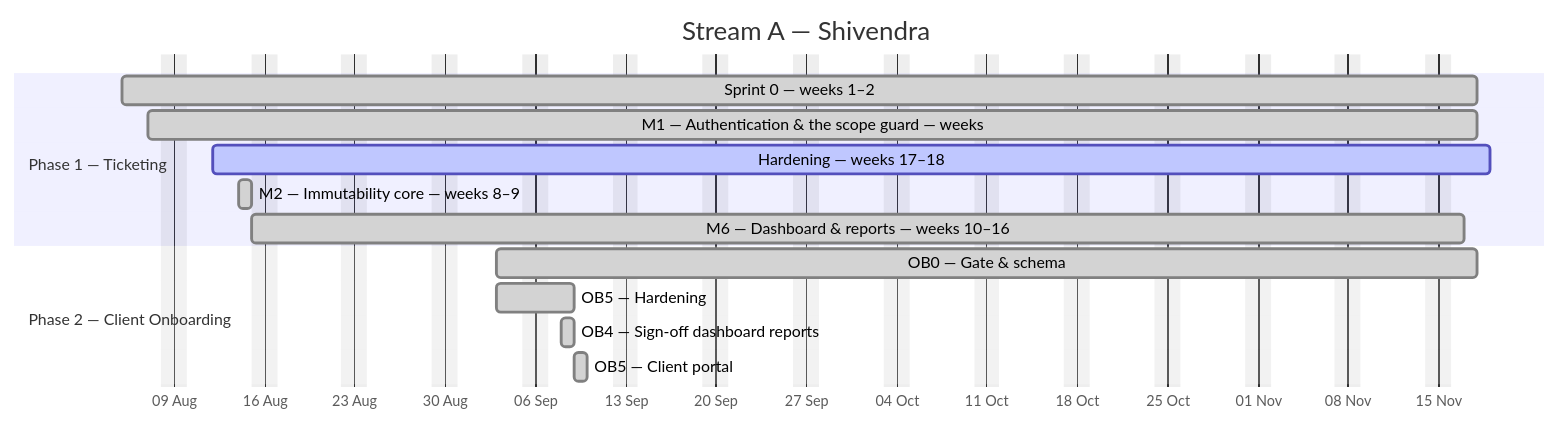
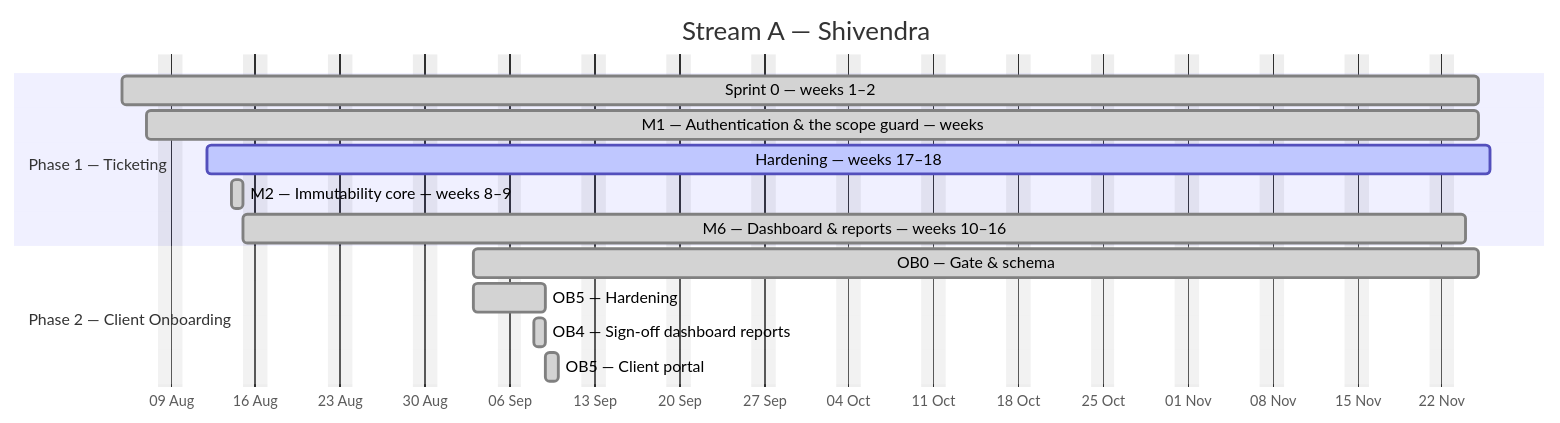
Before and after one commit to debashisedunext/EduTrack: the first of 4 diagrams in docs/plan/GANTT.md, drawn with Mermaid. The commit also changed other lines of this file and 2 other files, not shown here.

````diff
--- a/docs/plan/GANTT.md
+++ b/docs/plan/GANTT.md
@@ -114,18 +114,18 @@
 ```mermaid
 gantt
     dateFormat YYYY-MM-DD
     axisFormat %d %b
     title Stream A — Shivendra
     excludes weekends
     section Phase 1 — Ticketing
-    Sprint 0 — weeks 1–2 :done, a0, 2026-08-05, 75d
-    M1 — Authentication & the scope guard — weeks :done, a1, 2026-08-07, 73d
-    Hardening — weeks 17–18 :active, a2, 2026-08-12, 71d
+    Sprint 0 — weeks 1–2 :done, a0, 2026-08-05, 80d
+    M1 — Authentication & the scope guard — weeks :done, a1, 2026-08-07, 78d
+    Hardening — weeks 17–18 :active, a2, 2026-08-12, 76d
     M2 — Immutability core — weeks 8–9 :done, a3, 2026-08-14, 1d
-    M6 — Dashboard & reports — weeks 10–16 :done, a4, 2026-08-15, 67d
+    M6 — Dashboard & reports — weeks 10–16 :done, a4, 2026-08-15, 72d
     section Phase 2 — Client Onboarding
-    OB0 — Gate & schema :done, a5, 2026-09-03, 54d
+    OB0 — Gate & schema :done, a5, 2026-09-03, 59d
     OB5 — Hardening :done, a6, 2026-09-03, 4d
     OB4 — Sign-off  dashboard  reports :done, a7, 2026-09-08, 1d
     OB5 — Client portal :done, a8, 2026-09-09, 1d
 ```
````
